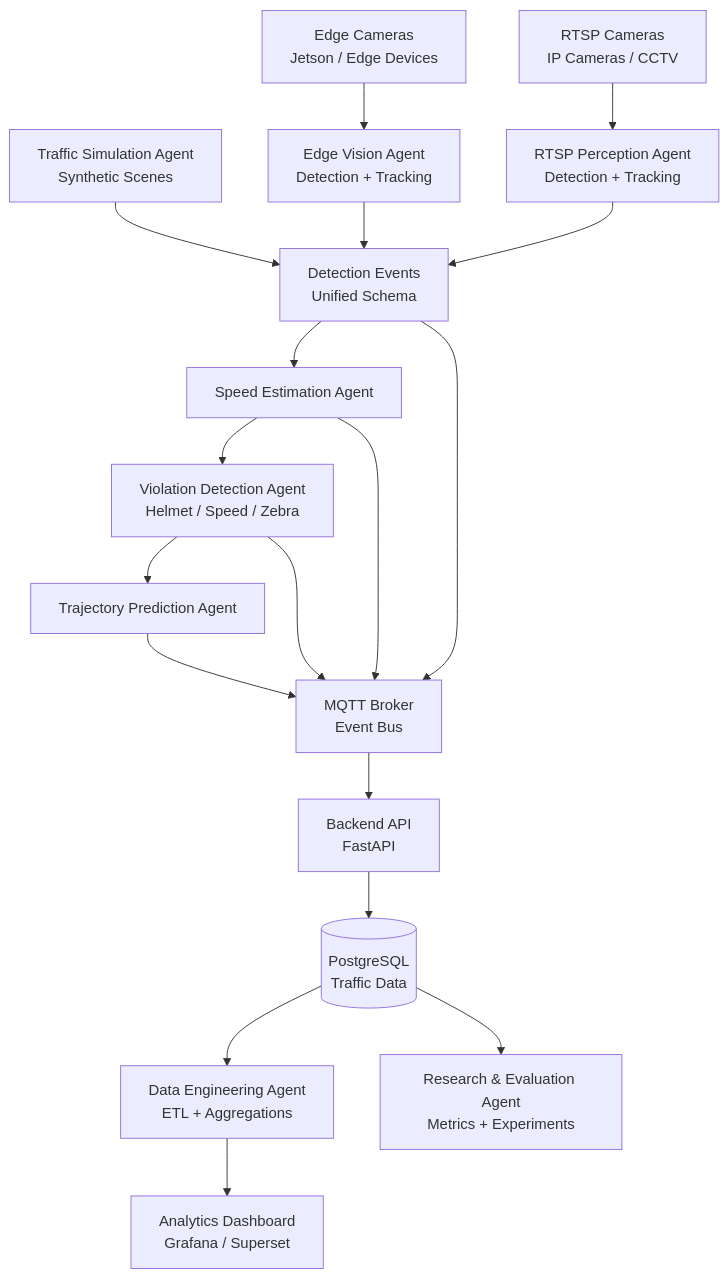
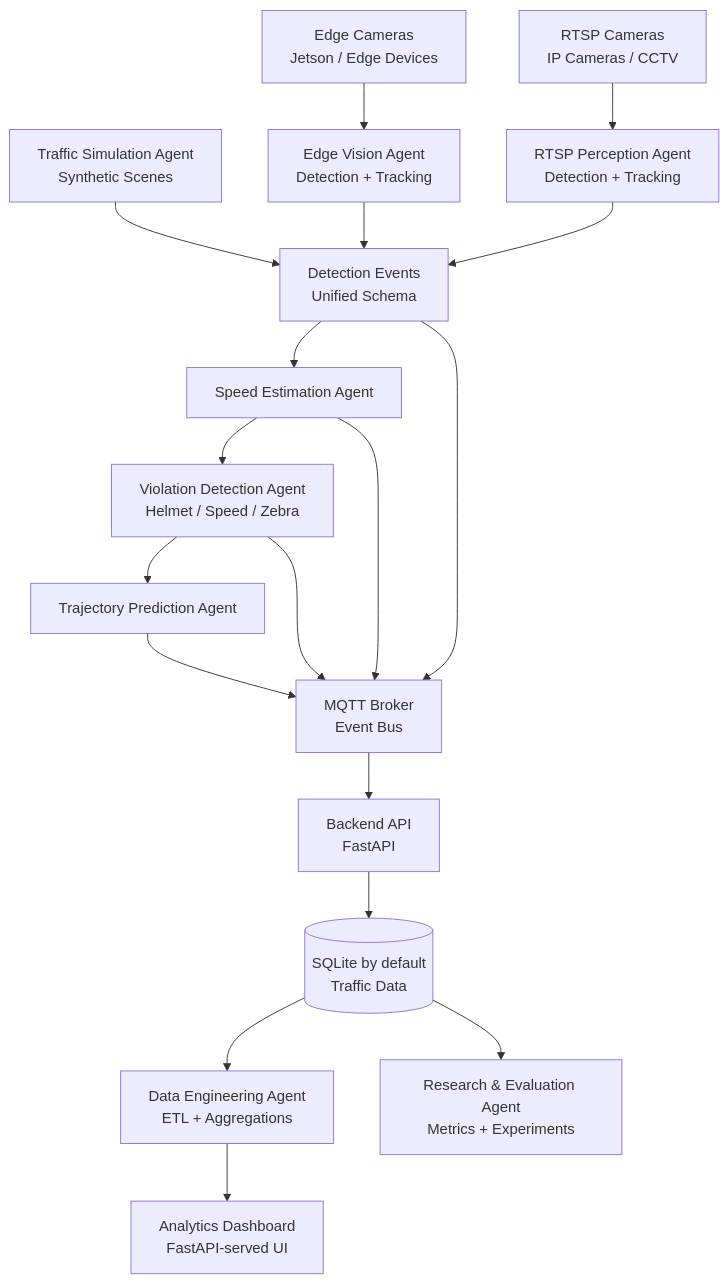
The diagram in docs/system_architecture.md (ILMIHA-Labs/Road-User-Intelligence-Platform), drawn with Mermaid before and after one commit. The commit also changed other lines of this file and 35 other files, not shown here.

`````diff
--- a/docs/system_architecture.md
+++ b/docs/system_architecture.md
@@ -20,68 +20,68 @@
 ```mermaid
 flowchart TD
 
 %% INPUT SOURCES
 A[Edge Cameras\nJetson / Edge Devices]
 B[RTSP Cameras\nIP Cameras / CCTV]
 C[Traffic Simulation Agent\nSynthetic Scenes]
 
 %% PERCEPTION
 D[Edge Vision Agent\nDetection + Tracking]
 E[RTSP Perception Agent\nDetection + Tracking]
 
 %% UNIFIED EVENTS
 F[Detection Events\nUnified Schema]
 
 %% MOTION ANALYSIS
 G[Speed Estimation Agent]
 
 %% BEHAVIOR ANALYSIS
 H[Violation Detection Agent\nHelmet / Speed / Zebra]
 
 %% PREDICTION
 I[Trajectory Prediction Agent]
 
 %% STREAMING
 J[MQTT Broker\nEvent Bus]
 
 %% BACKEND
 K[Backend API\nFastAPI]
 
 %% DATABASE
-L[(PostgreSQL\nTraffic Data)]
+L[(SQLite by default\nTraffic Data)]
 
 %% DATA PIPELINES
 M[Data Engineering Agent\nETL + Aggregations]
 
 %% ANALYTICS
-N[Analytics Dashboard\nGrafana / Superset]
+N[Analytics Dashboard\nFastAPI-served UI]
 
 %% RESEARCH
 O[Research & Evaluation Agent\nMetrics + Experiments]
 
 %% FLOW
 A --> D
 B --> E
 C --> F
 
 D --> F
 E --> F
 
 F --> G
 G --> H
 H --> I
 
 I --> J
 H --> J
 G --> J
 F --> J
 
 J --> K
 
 K --> L
 
 L --> M
 M --> N
 
 L --> O
 ````
`````
